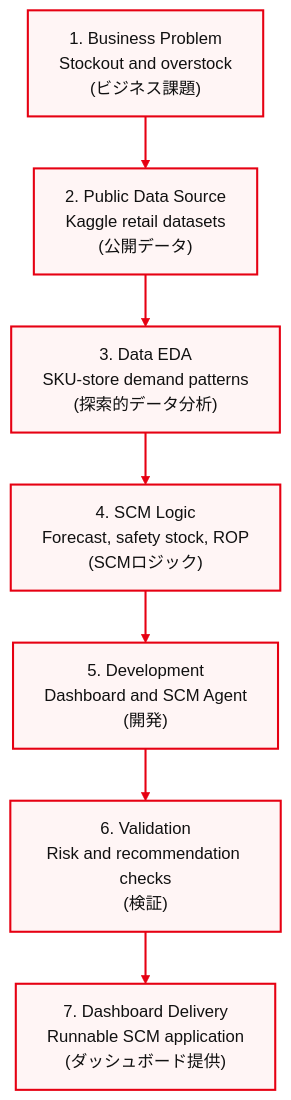
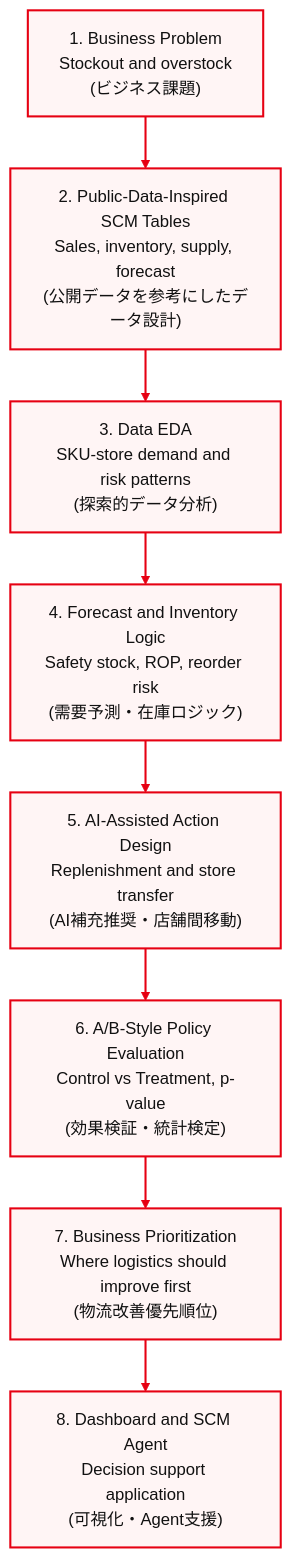
One commit to Lee2379/scm-ai-analytics changed the diagram in README.md. Above: the diagram before and after it, drawn with Mermaid. The commit also changed other lines of this file and 2 other files, not shown here.

Commit message:
Refine SCM portfolio workflow and agent story

````diff
--- a/README.md
+++ b/README.md
@@ -98,17 +98,18 @@
 ```mermaid
 %%{init: {"theme": "base", "themeVariables": {"primaryColor": "#fff5f5", "primaryBorderColor": "#e60012", "primaryTextColor": "#111111", "lineColor": "#e60012"}}}%%
 flowchart TB
     A["1. Business Problem<br/>Stockout and overstock<br/>(ビジネス課題)"]
-    B["2. Public Data Source<br/>Kaggle retail datasets<br/>(公開データ)"]
-    C["3. Data EDA<br/>SKU-store demand patterns<br/>(探索的データ分析)"]
-    D["4. SCM Logic<br/>Forecast, safety stock, ROP<br/>(SCMロジック)"]
-    E["5. Development<br/>Dashboard and SCM Agent<br/>(開発)"]
-    F["6. Validation<br/>Risk and recommendation checks<br/>(検証)"]
-    G["7. Dashboard Delivery<br/>Runnable SCM application<br/>(ダッシュボード提供)"]
+    B["2. Public-Data-Inspired SCM Tables<br/>Sales, inventory, supply, forecast<br/>(公開データを参考にしたデータ設計)"]
+    C["3. Data EDA<br/>SKU-store demand and risk patterns<br/>(探索的データ分析)"]
+    D["4. Forecast and Inventory Logic<br/>Safety stock, ROP, reorder risk<br/>(需要予測・在庫ロジック)"]
+    E["5. AI-Assisted Action Design<br/>Replenishment and store transfer<br/>(AI補充推奨・店舗間移動)"]
+    F["6. A/B-Style Policy Evaluation<br/>Control vs Treatment, p-value<br/>(効果検証・統計検定)"]
+    G["7. Business Prioritization<br/>Where logistics should improve first<br/>(物流改善優先順位)"]
+    H["8. Dashboard and SCM Agent<br/>Decision support application<br/>(可視化・Agent支援)"]
 
-    A --> B --> C --> D --> E --> F --> G
+    A --> B --> C --> D --> E --> F --> G --> H
 
     classDef redBox fill:#fff5f5,stroke:#e60012,stroke-width:2px,color:#111111;
-    class A,B,C,D,E,F,G redBox;
+    class A,B,C,D,E,F,G,H redBox;
     linkStyle default stroke:#e60012,stroke-width:2px;
 ```
````
